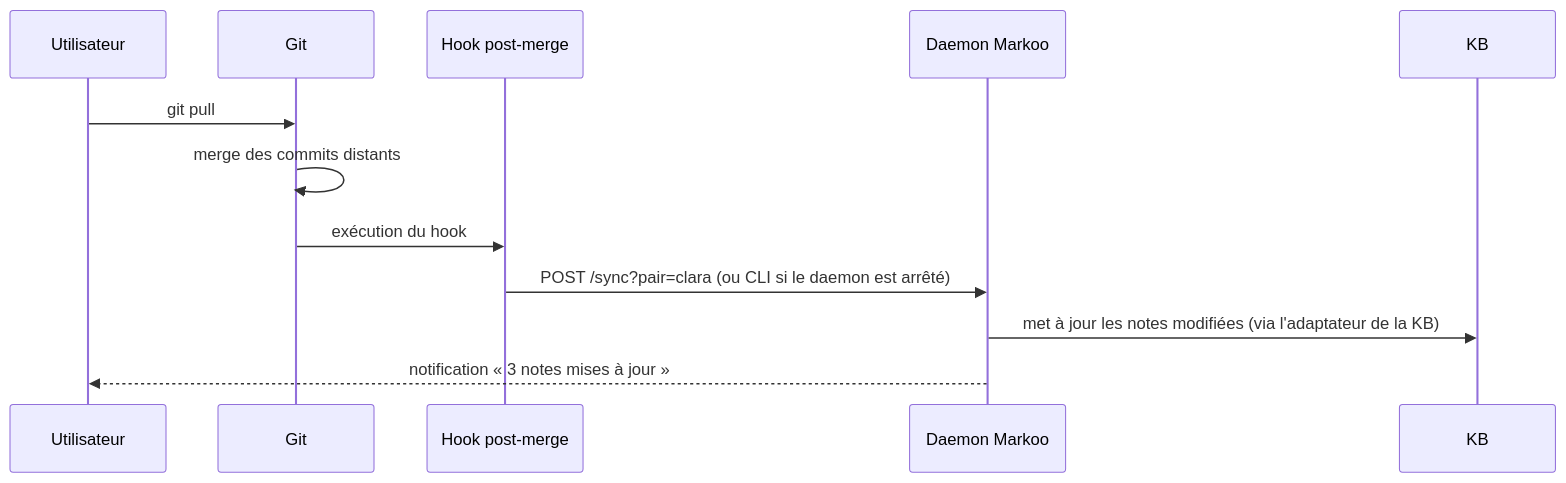
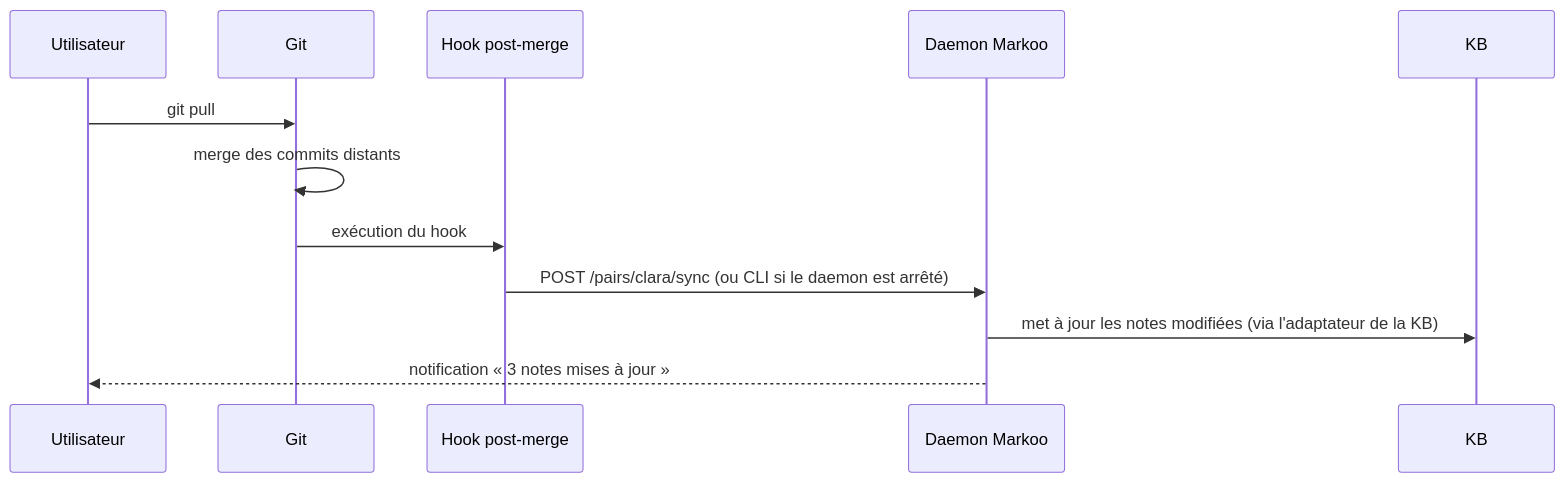
Before and after one commit to studoo-app/markoo: the second of 3 diagrams in documentation/fr/05-declencheurs.md, drawn with Mermaid. The commit also changed other lines of this file and 19 other files, not shown here.

````diff
--- a/documentation/fr/05-declencheurs.md
+++ b/documentation/fr/05-declencheurs.md
@@ -52,15 +52,15 @@
 ```mermaid
 sequenceDiagram
     participant U as Utilisateur
     participant G as Git
     participant H as Hook post-merge
     participant D as Daemon Markoo
     participant V as KB
 
     U->>G: git pull
     G->>G: merge des commits distants
     G->>H: exécution du hook
-    H->>D: POST /sync?pair=clara (ou CLI si le daemon est arrêté)
+    H->>D: POST /pairs/clara/sync (ou CLI si le daemon est arrêté)
     D->>V: met à jour les notes modifiées (via l'adaptateur de la KB)
     D-->>U: notification « 3 notes mises à jour »
 ```
````
